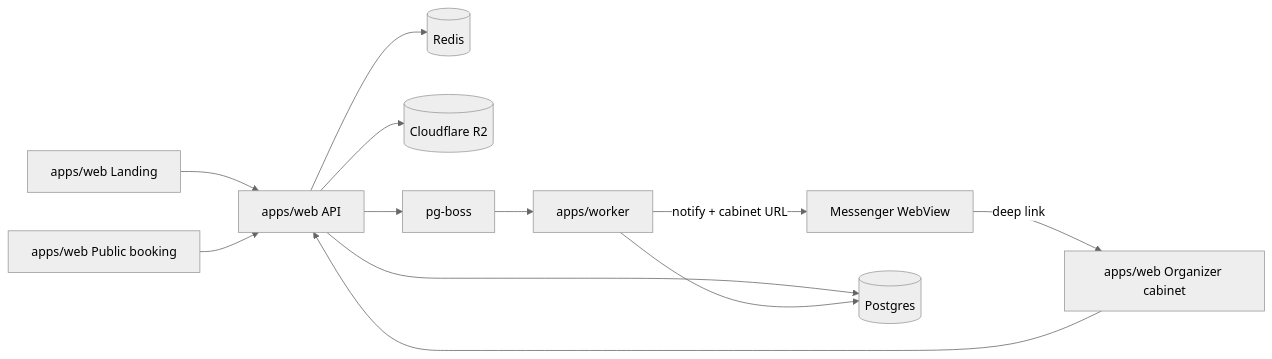
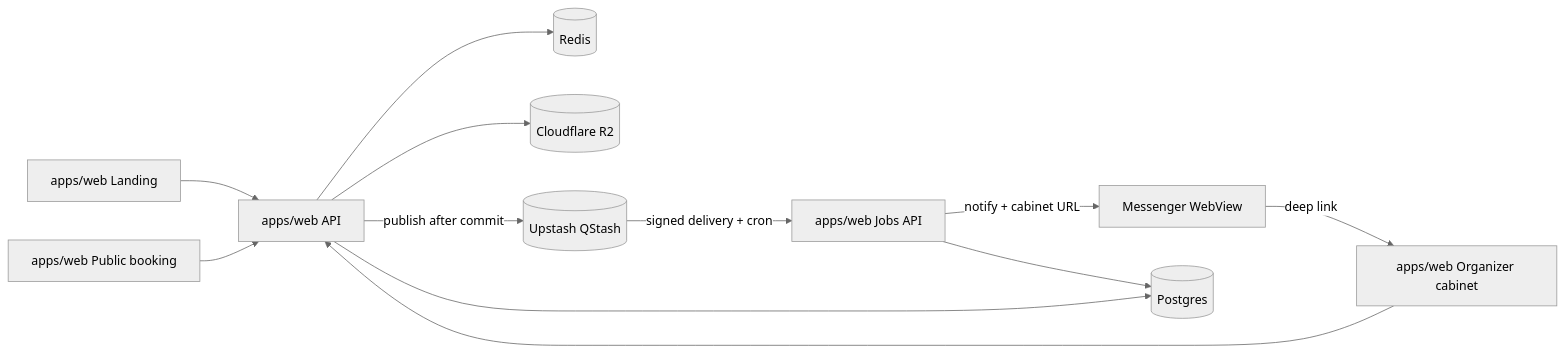
Before and after one commit to RM66/count-me-in: the diagram in docs/architecture.md, drawn with Mermaid (neutral theme). The commit also changed other lines of this file and 60 other files, not shown here.

Commit message:
pg-boss -> QStash

````diff
--- a/docs/architecture.md
+++ b/docs/architecture.md
@@ -19,25 +19,25 @@
 ```mermaid
 flowchart LR
   Landing[apps/web Landing]
   Public[apps/web Public booking]
   Cabinet[apps/web Organizer cabinet]
   Messenger[Messenger WebView]
   API[apps/web API]
-  Worker[apps/worker]
+  Jobs[apps/web Jobs API]
   DB[(Postgres)]
   Redis[(Redis)]
   R2[(Cloudflare R2)]
-  MQ[pg-boss]
+  QStash[(Upstash QStash)]
 
   Landing --> API
   Public --> API
   Cabinet --> API
   Messenger -->|"deep link"| Cabinet
-  Worker -->|"notify + cabinet URL"| Messenger
+  API -->|"publish after commit"| QStash
+  QStash -->|"signed delivery + cron"| Jobs
+  Jobs -->|"notify + cabinet URL"| Messenger
+  Jobs --> DB
   API --> DB
   API --> Redis
   API --> R2
-  API --> MQ
-  MQ --> Worker
-  Worker --> DB
 ```
````
